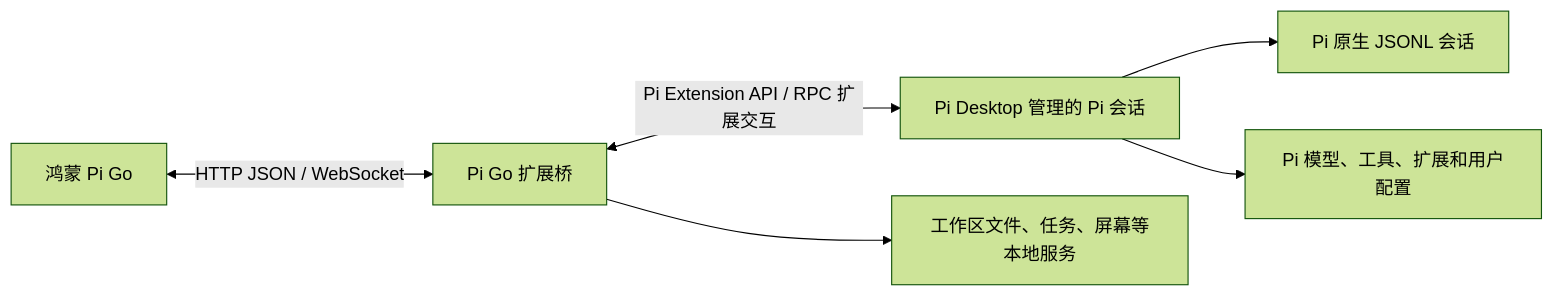
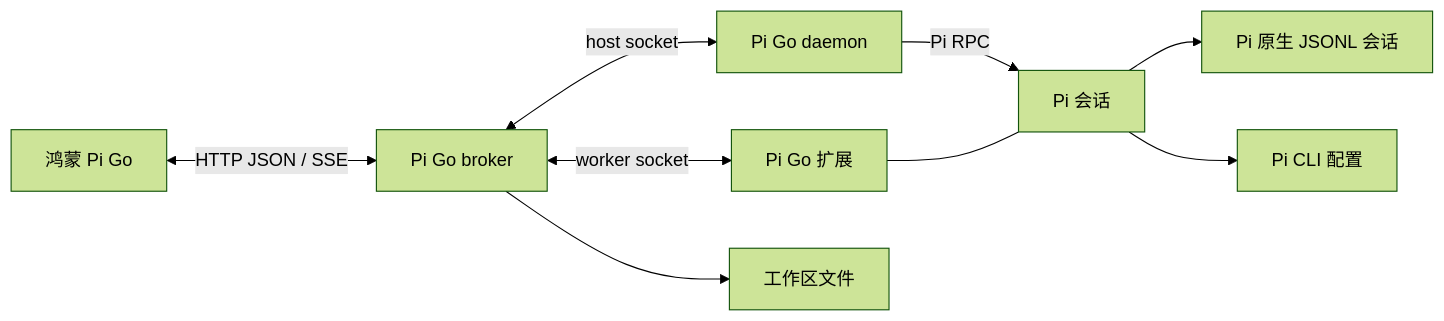
Before and after one commit to alexzhengzzz/pi-go: the diagram in PLAN.md, drawn with Mermaid (forest theme). The commit also changed other lines of this file and 62 other files, not shown here.

````diff
--- a/PLAN.md
+++ b/PLAN.md
@@ -29,8 +27,11 @@
 ```mermaid
 flowchart LR
-  Phone[鸿蒙 Pi Go] <-->|HTTP JSON / WebSocket| Bridge[Pi Go 扩展桥]
-  Bridge <-->|Pi Extension API / RPC 扩展交互| Runtime[Pi Desktop 管理的 Pi 会话]
+  Phone[鸿蒙 Pi Go] <-->|HTTP JSON / SSE| Bridge[Pi Go broker]
+  Bridge <-->|host socket| Daemon[Pi Go daemon]
+  Daemon -->|Pi RPC| Runtime[Pi 会话]
+  Bridge <-->|worker socket| Extension[Pi Go 扩展]
+  Extension --- Runtime
   Runtime --> Sessions[Pi 原生 JSONL 会话]
-  Runtime --> Config[Pi 模型、工具、扩展和用户配置]
-  Bridge --> Local[工作区文件、任务、屏幕等本地服务]
+  Runtime --> Config[Pi CLI 配置]
+  Bridge --> Files[工作区文件]
 ```
````
